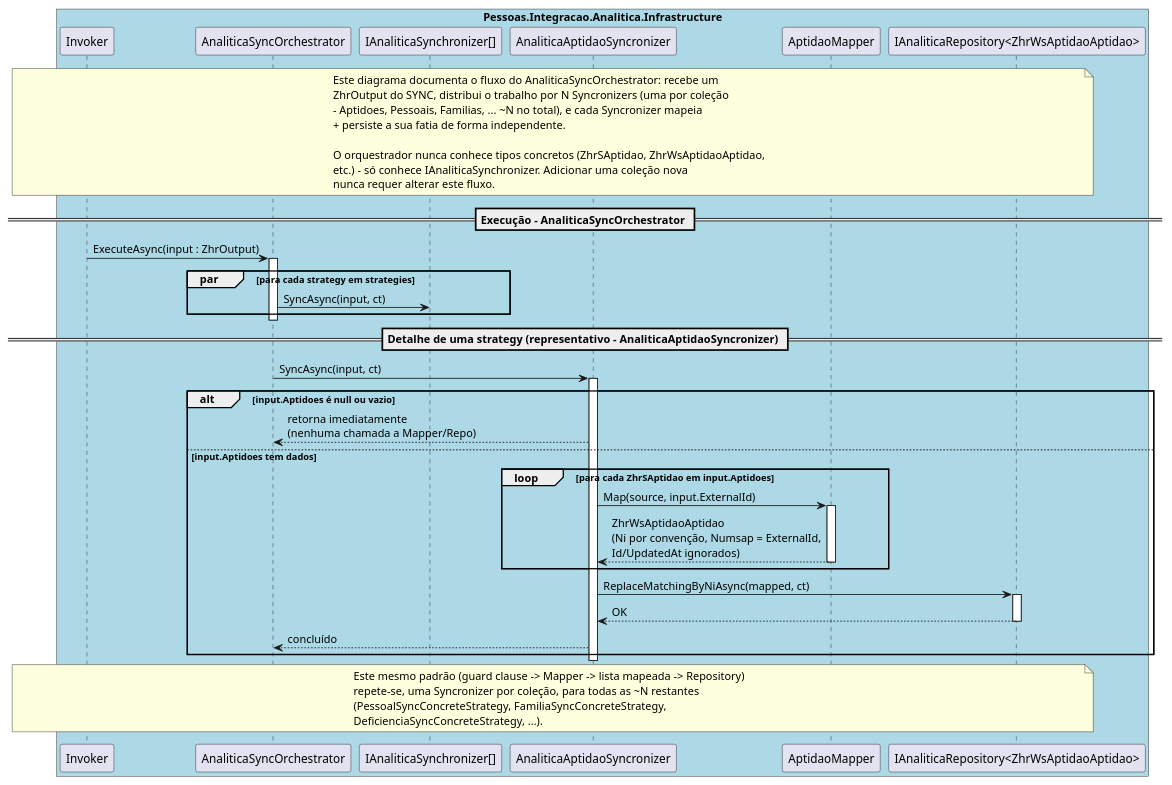
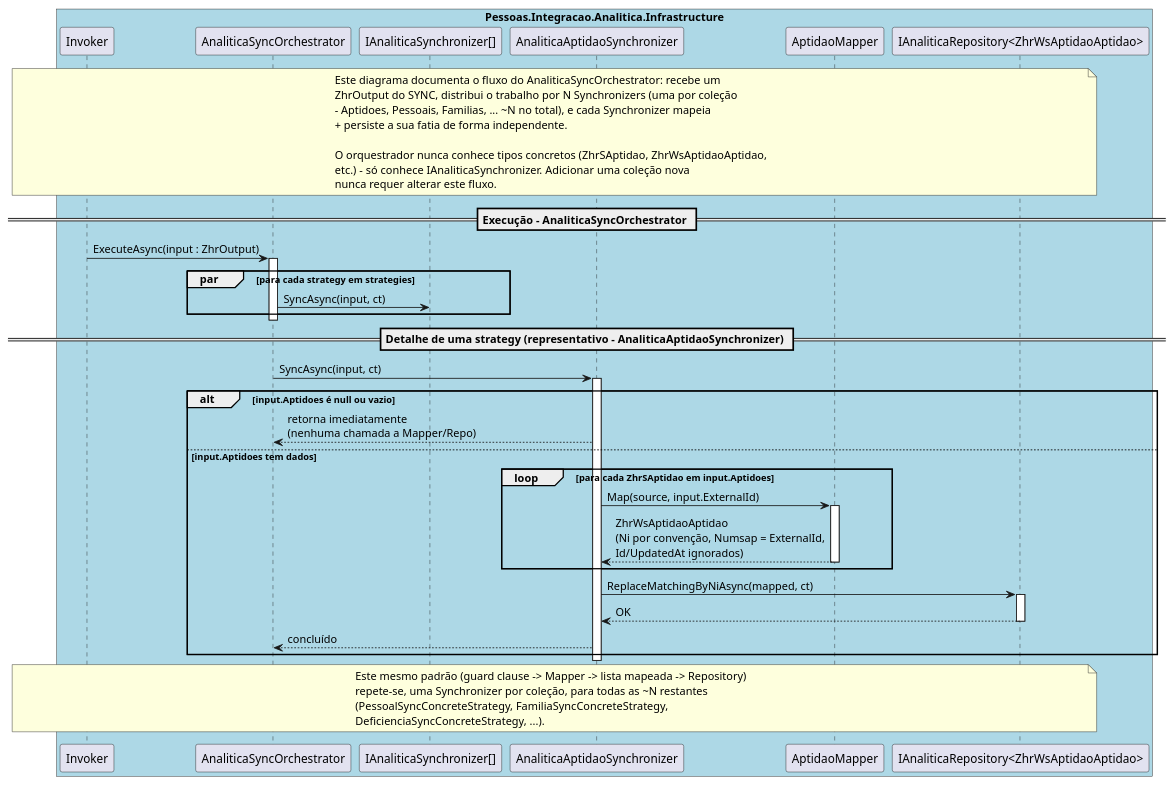
The diagram in docs/sequence-diagrams/analitica/sequence-diagram-analitica-mapper.md (Raimundo82/pessoas-integracao), drawn with PlantUML before and after one commit.

Commit message:
docs(sequence-diagrams): fix spelling of Synchronizer in sequence diagram documentation

````diff
--- a/docs/sequence-diagrams/analitica/sequence-diagram-analitica-mapper.md
+++ b/docs/sequence-diagrams/analitica/sequence-diagram-analitica-mapper.md
@@ -3,71 +3,71 @@
 ```plantuml
 @startuml
 note across
 Este diagrama documenta o fluxo do AnaliticaSyncOrchestrator: recebe um
-ZhrOutput do SYNC, distribui o trabalho por N Syncronizers (uma por coleção
-- Aptidoes, Pessoais, Familias, ... ~N no total), e cada Syncronizer mapeia
+ZhrOutput do SYNC, distribui o trabalho por N Synchronizers (uma por coleção
+- Aptidoes, Pessoais, Familias, ... ~N no total), e cada Synchronizer mapeia
 + persiste a sua fatia de forma independente.
- 
+
 O orquestrador nunca conhece tipos concretos (ZhrSAptidao, ZhrWsAptidaoAptidao,
 etc.) - só conhece IAnaliticaSynchronizer. Adicionar uma coleção nova
 nunca requer alterar este fluxo.
 end note
- 
+
 == Execução - AnaliticaSyncOrchestrator ==
- 
+
 box "Pessoas.Integracao.Analitica.Infrastructure" #LightBlue
     participant "Invoker" as Caller
     participant "AnaliticaSyncOrchestrator" as Orchestrator
-    participant "IAnaliticaSynchronizer[]" as Syncronizers
+    participant "IAnaliticaSynchronizer[]" as Synchronizers
 
- 
+
 Caller -> Orchestrator : ExecuteAsync(input : ZhrOutput)
 activate Orchestrator
- 
+
     par para cada strategy em strategies
-        Orchestrator -> Syncronizers : SyncAsync(input, ct)
+        Orchestrator -> Synchronizers : SyncAsync(input, ct)
     end
- 
+
 deactivate Orchestrator
- 
-== Detalhe de uma strategy (representativo - AnaliticaAptidaoSyncronizer) ==
- 
-    participant "AnaliticaAptidaoSyncronizer" as Syncronizer
+
+== Detalhe de uma strategy (representativo - AnaliticaAptidaoSynchronizer) ==
+
+    participant "AnaliticaAptidaoSynchronizer" as Synchronizer
     participant "AptidaoMapper" as Mapper
     participant "IAnaliticaRepository<ZhrWsAptidaoAptidao>" as Repo
 end box
 
 activate Orchestrator
-Orchestrator -> Syncronizer : SyncAsync(input, ct)
-activate Syncronizer
- 
+Orchestrator -> Synchronizer : SyncAsync(input, ct)
+activate Synchronizer
+
 alt input.Aptidoes é null ou vazio
-    Syncronizer --> Orchestrator : retorna imediatamente\n(nenhuma chamada a Mapper/Repo)
+    Synchronizer --> Orchestrator : retorna imediatamente\n(nenhuma chamada a Mapper/Repo)
 else input.Aptidoes tem dados
     loop para cada ZhrSAptidao em input.Aptidoes
-        Syncronizer -> Mapper : Map(source, input.ExternalId)
+        Synchronizer -> Mapper : Map(source, input.ExternalId)
         activate Mapper
-        Mapper --> Syncronizer : ZhrWsAptidaoAptidao\n(Ni por convenção, Numsap = ExternalId,\nId/UpdatedAt ignorados)
+        Mapper --> Synchronizer : ZhrWsAptidaoAptidao\n(Ni por convenção, Numsap = ExternalId,\nId/UpdatedAt ignorados)
         deactivate Mapper
     end
- 
-    Syncronizer -> Repo : ReplaceMatchingByNiAsync(mapped, ct)
+
+    Synchronizer -> Repo : ReplaceMatchingByNiAsync(mapped, ct)
     activate Repo
-    Repo --> Syncronizer : OK
+    Repo --> Synchronizer : OK
     deactivate Repo
- 
-    Syncronizer --> Orchestrator : concluído
+
+    Synchronizer --> Orchestrator : concluído
 end
- 
-deactivate Syncronizer
+
+deactivate Synchronizer
 deactivate Orchestrator
- 
+
 note across
 Este mesmo padrão (guard clause -> Mapper -> lista mapeada -> Repository)
-repete-se, uma Syncronizer por coleção, para todas as ~N restantes
+repete-se, uma Synchronizer por coleção, para todas as ~N restantes
 (PessoalSyncConcreteStrategy, FamiliaSyncConcreteStrategy,
 DeficienciaSyncConcreteStrategy, ...).
 end note
- 
+
 @enduml
 ```
````
